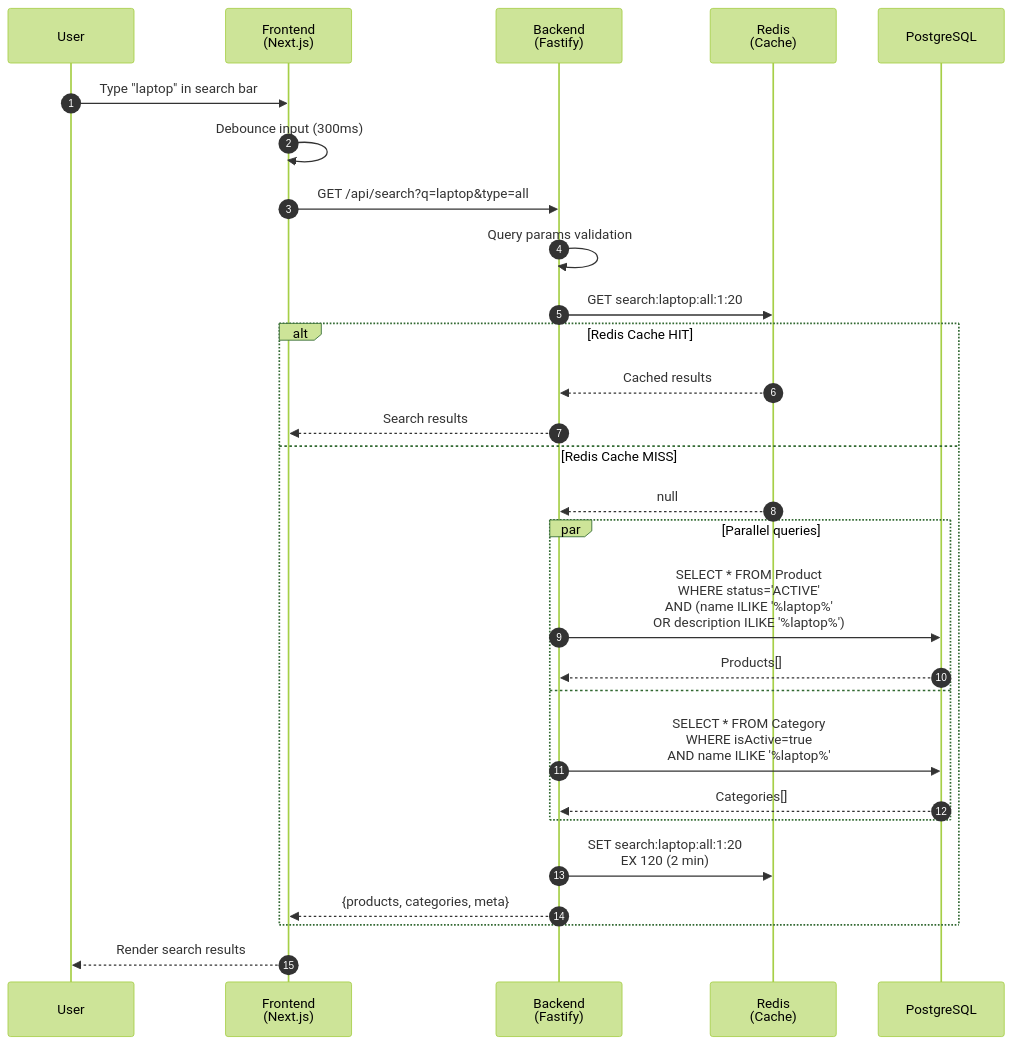
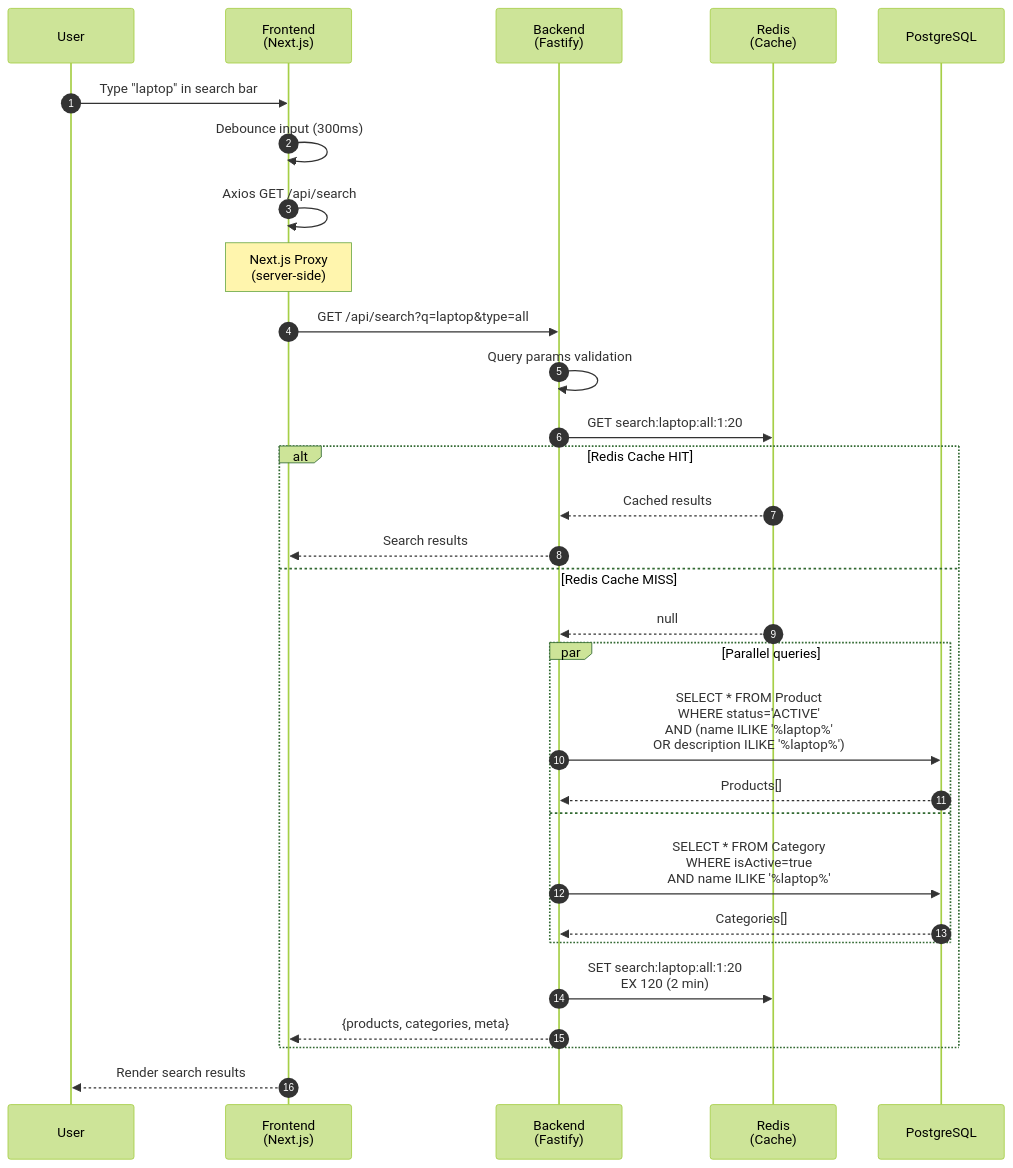
The eighth of 10 diagrams in ecommerce-demo/slides/SEQUENCE_DIAGRAMS_eng.md (lorenzogirardi/ai-ecom-demo), drawn with Mermaid (forest theme) before and after one commit. The commit also changed other lines of this file and 1 other file, not shown here.

First line of the commit message:
docs: update sequence diagrams with Next.js proxy pattern

````diff
--- a/ecommerce-demo/slides/SEQUENCE_DIAGRAMS_eng.md
+++ b/ecommerce-demo/slides/SEQUENCE_DIAGRAMS_eng.md
@@ -272,35 +286,37 @@
 ```mermaid
 sequenceDiagram
     autonumber
     participant U as User
     participant FE as Frontend<br/>(Next.js)
     participant BE as Backend<br/>(Fastify)
     participant Redis as Redis<br/>(Cache)
     participant DB as PostgreSQL
 
     U->>FE: Type "laptop" in search bar
     FE->>FE: Debounce input (300ms)
+    FE->>FE: Axios GET /api/search
+    Note over FE: Next.js Proxy<br/>(server-side)
     FE->>BE: GET /api/search?q=laptop&type=all
     BE->>BE: Query params validation
     BE->>Redis: GET search:laptop:all:1:20
 
     alt Redis Cache HIT
         Redis-->>BE: Cached results
         BE-->>FE: Search results
     else Redis Cache MISS
         Redis-->>BE: null
 
         par Parallel queries
             BE->>DB: SELECT * FROM Product<br/>WHERE status='ACTIVE'<br/>AND (name ILIKE '%laptop%'<br/>OR description ILIKE '%laptop%')
             DB-->>BE: Products[]
         and
             BE->>DB: SELECT * FROM Category<br/>WHERE isActive=true<br/>AND name ILIKE '%laptop%'
             DB-->>BE: Categories[]
         end
 
         BE->>Redis: SET search:laptop:all:1:20<br/>EX 120 (2 min)
         BE-->>FE: {products, categories, meta}
     end
 
     FE-->>U: Render search results
 ```
````
